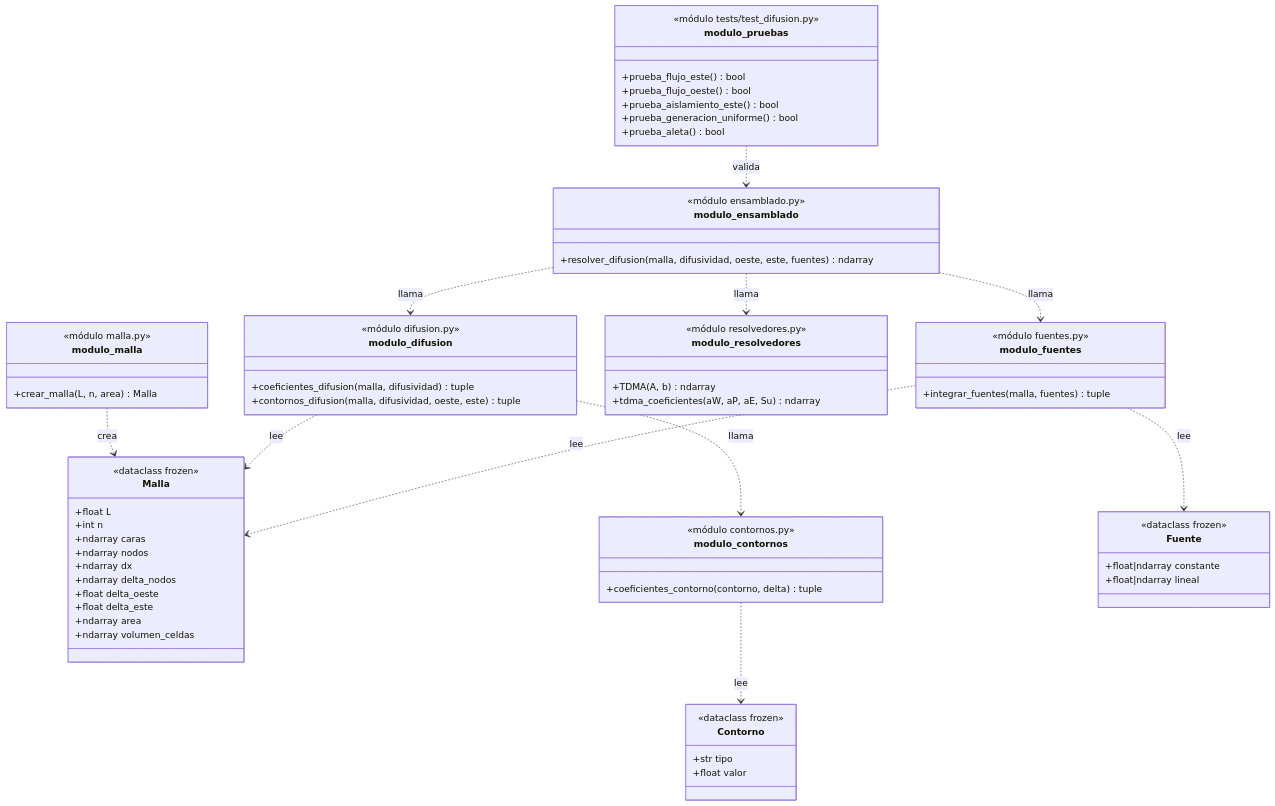
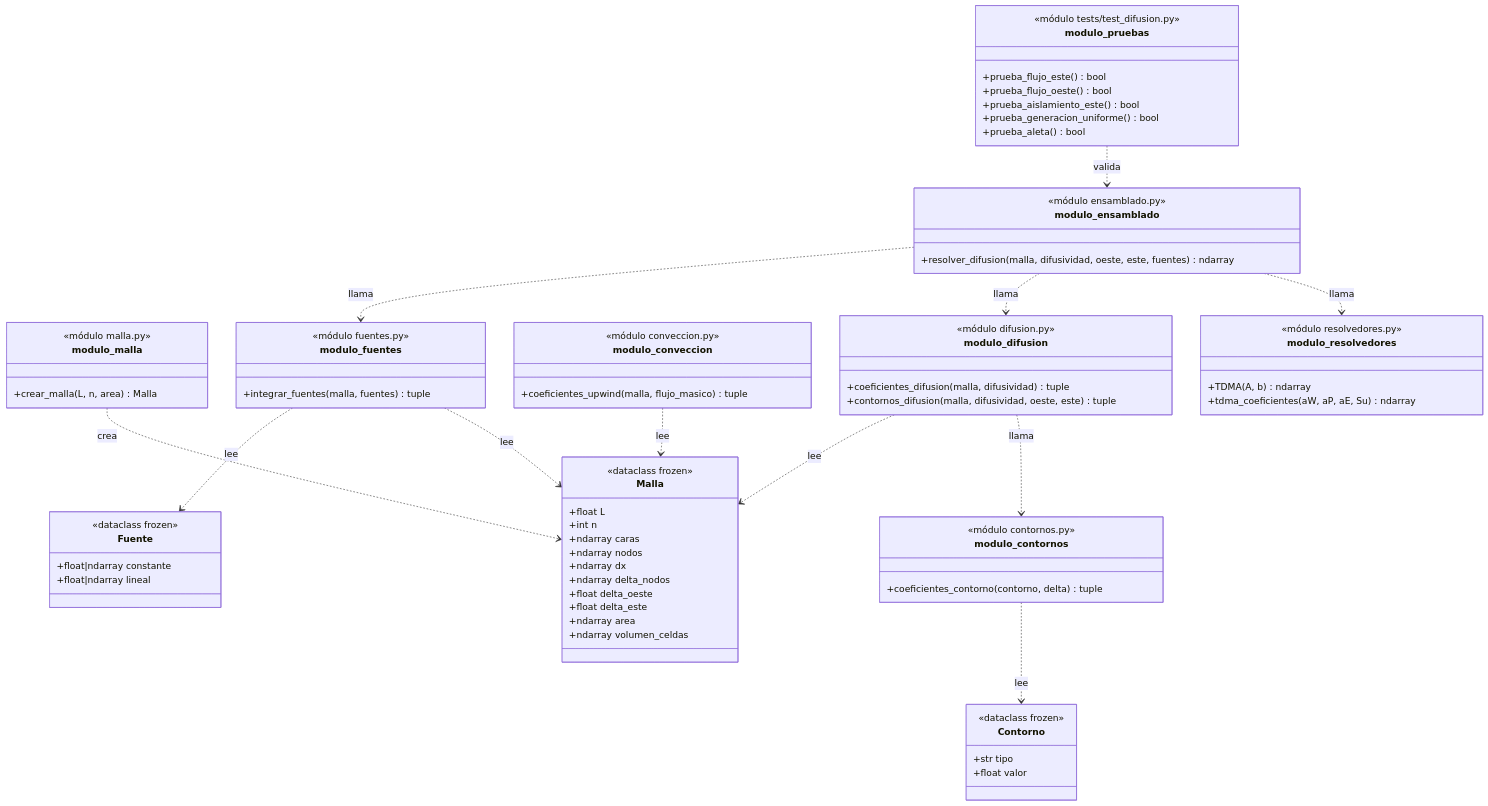
One commit to nicovarelaboo/versteeg-fvm changed the first of 3 diagrams in docs/diseno.md. Above: the diagram before and after it, drawn with Mermaid. The commit also changed other lines of this file and 1 other file, not shown here.

Commit message:
refactor(fvm): renombra coeficientes_conveccion a coeficientes_upwind y la documenta

````diff
--- a/docs/diseno.md
+++ b/docs/diseno.md
@@ -37,71 +40,76 @@
 ```mermaid
 classDiagram
     class Malla {
         <<dataclass frozen>>
         +float L
         +int n
         +ndarray caras
         +ndarray nodos
         +ndarray dx
         +ndarray delta_nodos
         +float delta_oeste
         +float delta_este
         +ndarray area
         +ndarray volumen_celdas
     }
     class Contorno {
         <<dataclass frozen>>
         +str tipo
         +float valor
     }
     class modulo_malla {
         <<módulo malla.py>>
         +crear_malla(L, n, area) Malla
     }
     class modulo_contornos {
         <<módulo contornos.py>>
         +coeficientes_contorno(contorno, delta) tuple
     }
     class modulo_difusion {
         <<módulo difusion.py>>
         +coeficientes_difusion(malla, difusividad) tuple
         +contornos_difusion(malla, difusividad, oeste, este) tuple
     }
+        class modulo_conveccion {
+        <<módulo conveccion.py>>
+        +coeficientes_upwind(malla, flujo_masico) tuple
+    }
     class modulo_ensamblado {
         <<módulo ensamblado.py>>
         +resolver_difusion(malla, difusividad, oeste, este, fuentes) ndarray
     }
     class modulo_resolvedores {
         <<módulo resolvedores.py>>
         +TDMA(A, b) ndarray
         +tdma_coeficientes(aW, aP, aE, Su) ndarray
     }
     class modulo_pruebas {
         <<módulo tests/test_difusion.py>>
         +prueba_flujo_este() bool
         +prueba_flujo_oeste() bool
         +prueba_aislamiento_este() bool
         +prueba_generacion_uniforme() bool
         +prueba_aleta() bool
     }
         class Fuente {
         <<dataclass frozen>>
         +float|ndarray constante
         +float|ndarray lineal
     }
     class modulo_fuentes {
         <<módulo fuentes.py>>
         +integrar_fuentes(malla, fuentes) tuple
     }
 
     modulo_malla ..> Malla : crea
     modulo_contornos ..> Contorno : lee
     modulo_difusion ..> Malla : lee
+    modulo_conveccion ..> Malla : lee
     modulo_fuentes ..> Fuente : lee
     modulo_fuentes ..> Malla : lee
     modulo_ensamblado ..> modulo_fuentes : llama
     modulo_ensamblado ..> modulo_difusion : llama
     modulo_difusion ..> modulo_contornos : llama
     modulo_ensamblado ..> modulo_resolvedores : llama
     modulo_pruebas ..> modulo_ensamblado : valida
 ```
````
